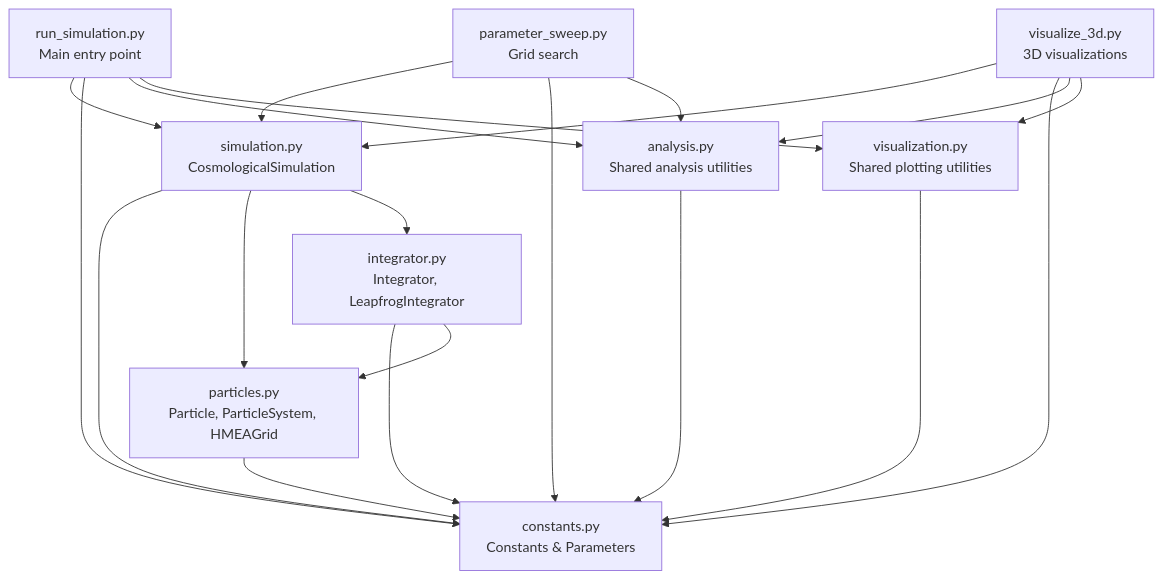
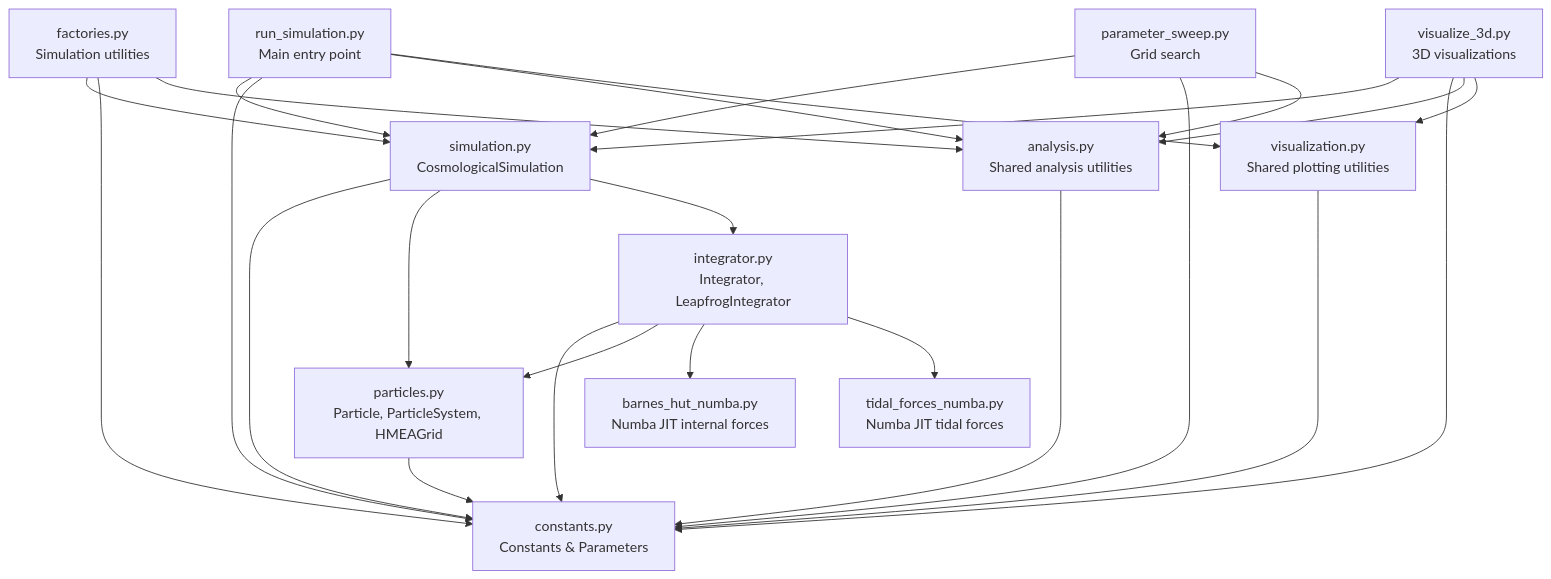
Before and after one commit to MartinGamsby/ProgenitorNodeModelCosmology: the diagram in lode/architecture/module-structure.md, drawn with Mermaid. The commit also changed other lines of this file and 9 other files, not shown here.

````diff
--- a/lode/architecture/module-structure.md
+++ b/lode/architecture/module-structure.md
@@ -5,32 +5,40 @@
 ```mermaid
 graph TD
     constants[constants.py<br/>Constants & Parameters]
     particles[particles.py<br/>Particle, ParticleSystem, HMEAGrid]
     integrator[integrator.py<br/>Integrator, LeapfrogIntegrator]
     simulation[simulation.py<br/>CosmologicalSimulation]
     analysis[analysis.py<br/>Shared analysis utilities]
     viz[visualization.py<br/>Shared plotting utilities]
+    factories[factories.py<br/>Simulation utilities]
+    bh_numba[barnes_hut_numba.py<br/>Numba JIT internal forces]
+    tidal_numba[tidal_forces_numba.py<br/>Numba JIT tidal forces]
     run[run_simulation.py<br/>Main entry point]
     sweep[parameter_sweep.py<br/>Grid search]
     viz3d[visualize_3d.py<br/>3D visualizations]
 
     particles --> constants
     integrator --> constants
     integrator --> particles
+    integrator --> bh_numba
+    integrator --> tidal_numba
     simulation --> constants
     simulation --> particles
     simulation --> integrator
     analysis --> constants
     viz --> constants
+    factories --> simulation
+    factories --> constants
+    factories --> analysis
     run --> simulation
     run --> constants
     run --> analysis
     run --> viz
     sweep --> simulation
     sweep --> constants
     sweep --> analysis
     viz3d --> simulation
     viz3d --> constants
     viz3d --> analysis
     viz3d --> viz
 ```
````
